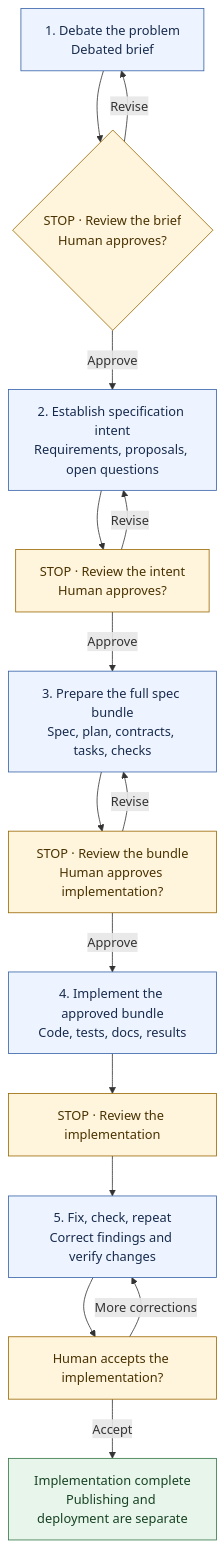
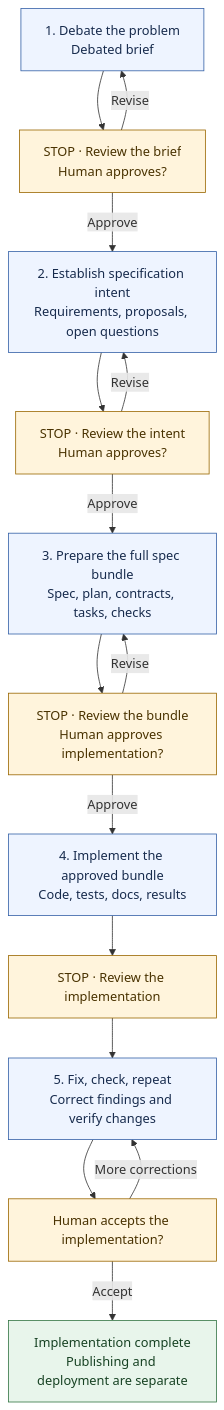
One commit to ActiveMemory/ctx changed the diagram in docs/blog/2026-09-12-beyond-the-dumb-zone.md. Above: the diagram before and after it, drawn with Mermaid. The commit also changed 2 other files, not shown here.

````diff
--- a/docs/blog/2026-09-12-beyond-the-dumb-zone.md
+++ b/docs/blog/2026-09-12-beyond-the-dumb-zone.md
@@ -356,34 +356,34 @@
 ```mermaid
 flowchart TD
     brief["1. Debate the problem<br/>Debated brief"]
-    reviewBrief{"STOP · Review the brief<br/>Human approves?"}
+    reviewBrief["STOP · Review the brief<br/>Human approves?"]
     intent["2. Establish specification intent<br/>Requirements, proposals, open questions"]
     reviewIntent["STOP · Review the intent<br/>Human approves?"]
     bundle["3. Prepare the full spec bundle<br/>Spec, plan, contracts, tasks, checks"]
     reviewBundle["STOP · Review the bundle<br/>Human approves implementation?"]
     code["4. Implement the approved bundle<br/>Code, tests, docs, results"]
     reviewCode["STOP · Review the implementation"]
     repair["5. Fix, check, repeat<br/>Correct findings and verify changes"]
     accept["Human accepts the implementation?"]
     done["Implementation complete<br/>Publishing and deployment are separate"]
 
     brief --> reviewBrief
     reviewBrief -->|Revise| brief
     reviewBrief -->|Approve| intent
     intent --> reviewIntent
     reviewIntent -->|Revise| intent
     reviewIntent -->|Approve| bundle
     bundle --> reviewBundle
     reviewBundle -->|Revise| bundle
     reviewBundle -->|Approve| code
     code --> reviewCode --> repair --> accept
     accept -->|More corrections| repair
     accept -->|Accept| done
 
     classDef work fill:#eef4ff,stroke:#3561a7,color:#172b4d;
     classDef stop fill:#fff4dc,stroke:#9a6700,color:#493200;
     classDef complete fill:#e8f5eb,stroke:#347544,color:#174223;
     class brief,intent,bundle,code,repair work;
     class reviewBrief,reviewIntent,reviewBundle,reviewCode,accept stop;
     class done complete;
 ```
````
